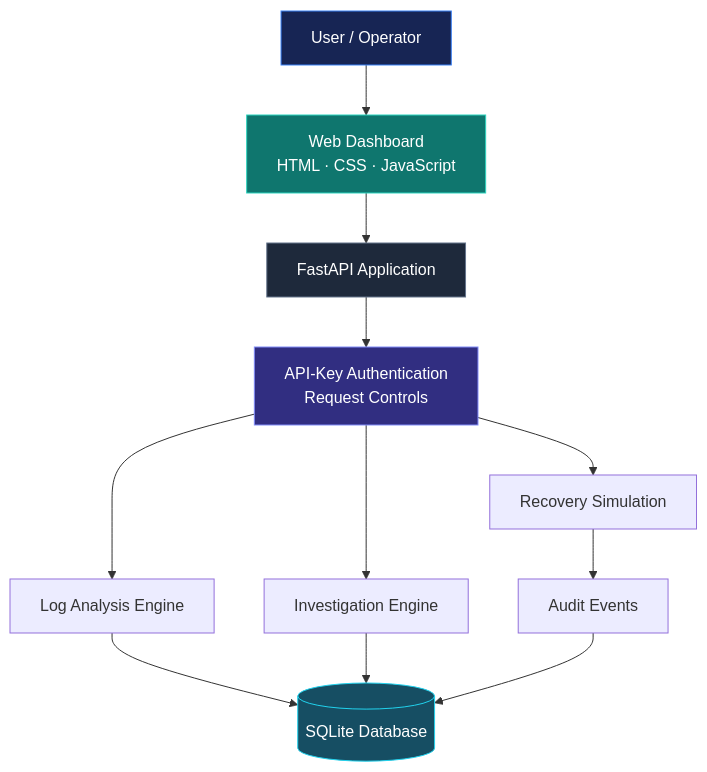
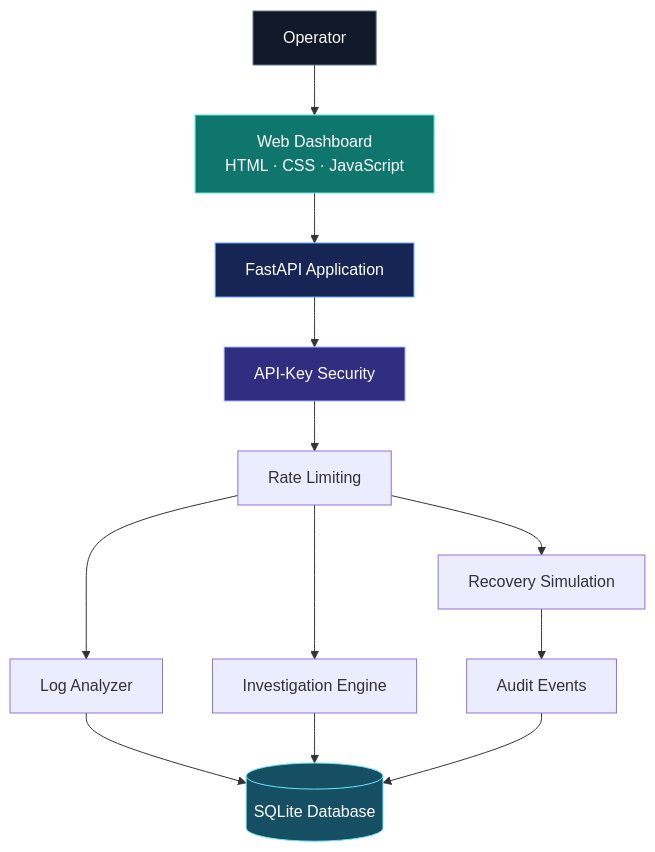
Before and after one commit to akankshad1712/aegis-ai: the first of 2 diagrams in README.md, drawn with Mermaid. The commit also changed other lines of this file, not shown here.

````diff
--- a/README.md
+++ b/README.md
@@ -147,30 +200,32 @@
 ```mermaid
-flowchart TB
-    USER["User / Operator"]
-    UI["Web Dashboard<br/>HTML · CSS · JavaScript"]
-    API["FastAPI Application"]
-    AUTH["API-Key Authentication<br/>Request Controls"]
-    LOG["Log Analysis Engine"]
-    INV["Investigation Engine"]
-    ACT["Recovery Simulation"]
-    AUD["Audit Events"]
-    DB[("SQLite Database")]
+flowchart TD
+    U["Operator"]
+    W["Web Dashboard<br/>HTML · CSS · JavaScript"]
+    A["FastAPI Application"]
+    S["API-Key Security"]
+    R["Rate Limiting"]
+    L["Log Analyzer"]
+    I["Investigation Engine"]
+    X["Recovery Simulation"]
+    E["Audit Events"]
+    D[("SQLite Database")]
 
-    USER --> UI
-    UI --> API
-    API --> AUTH
-    AUTH --> LOG
-    AUTH --> INV
-    AUTH --> ACT
+    U --> W
+    W --> A
+    A --> S
+    S --> R
+    R --> L
+    R --> I
+    R --> X
 
-    LOG --> DB
-    INV --> DB
-    ACT --> AUD
-    AUD --> DB
+    L --> D
+    I --> D
+    X --> E
+    E --> D
 
-    style USER fill:#172554,color:#ffffff,stroke:#3b82f6
-    style UI fill:#0f766e,color:#ffffff,stroke:#2dd4bf
-    style API fill:#1e293b,color:#ffffff,stroke:#64748b
-    style AUTH fill:#312e81,color:#ffffff,stroke:#818cf8
-    style DB fill:#164e63,color:#ffffff,stroke:#22d3ee
+    style U fill:#111827,color:#F9FAFB,stroke:#64748B
+    style W fill:#0F766E,color:#FFFFFF,stroke:#5EEAD4
+    style A fill:#172554,color:#FFFFFF,stroke:#60A5FA
+    style S fill:#312E81,color:#FFFFFF,stroke:#A5B4FC
+    style D fill:#164E63,color:#FFFFFF,stroke:#67E8F9
 ```
````
